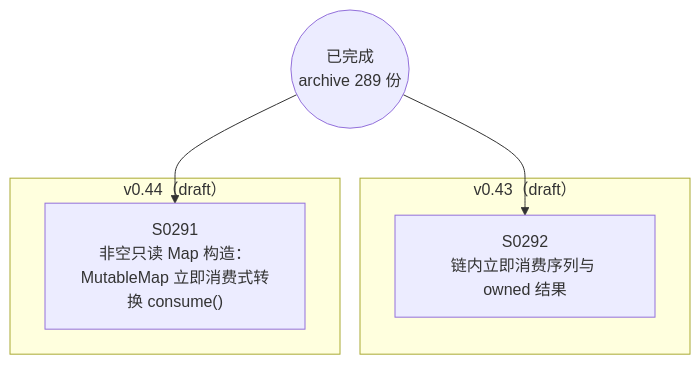
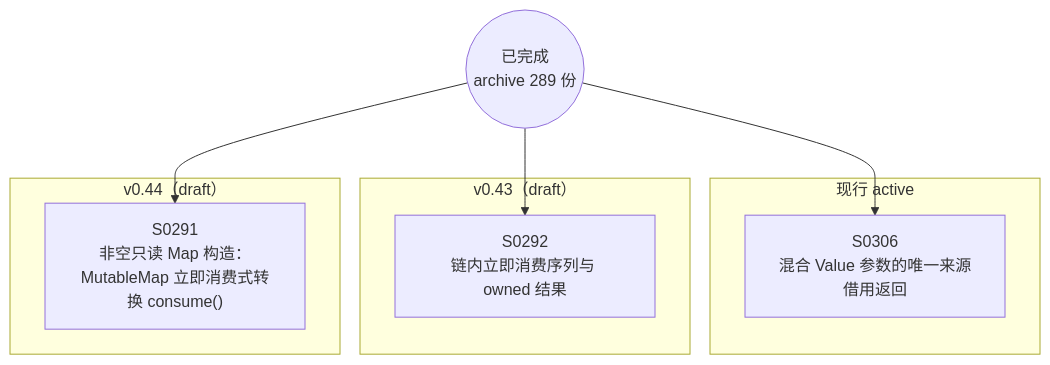
The diagram in docs/specs/dependency-graph.md (Halckon/Koven), drawn with Mermaid before and after one commit. The commit also changed other lines of this file and 7 other files, not shown here.

````diff
--- a/docs/specs/dependency-graph.md
+++ b/docs/specs/dependency-graph.md
@@ -9,12 +9,16 @@
 ```mermaid
 flowchart TD
 ARCH(("已完成<br/>archive 289 份"))
+subgraph Gactive["现行 active"]
+  S0306["S0306<br/>混合 Value 参数的唯一来源借用返回"]
+end
 subgraph Gdrafts_v043["v0.43（draft）"]
   S0292["S0292<br/>链内立即消费序列与 owned 结果"]
 end
 subgraph Gdrafts_v044["v0.44（draft）"]
   S0291["S0291<br/>非空只读 Map 构造：MutableMap 立即消费式转换 consume()"]
 end
 ARCH --> S0291
 ARCH --> S0292
+ARCH --> S0306
 ```
````
